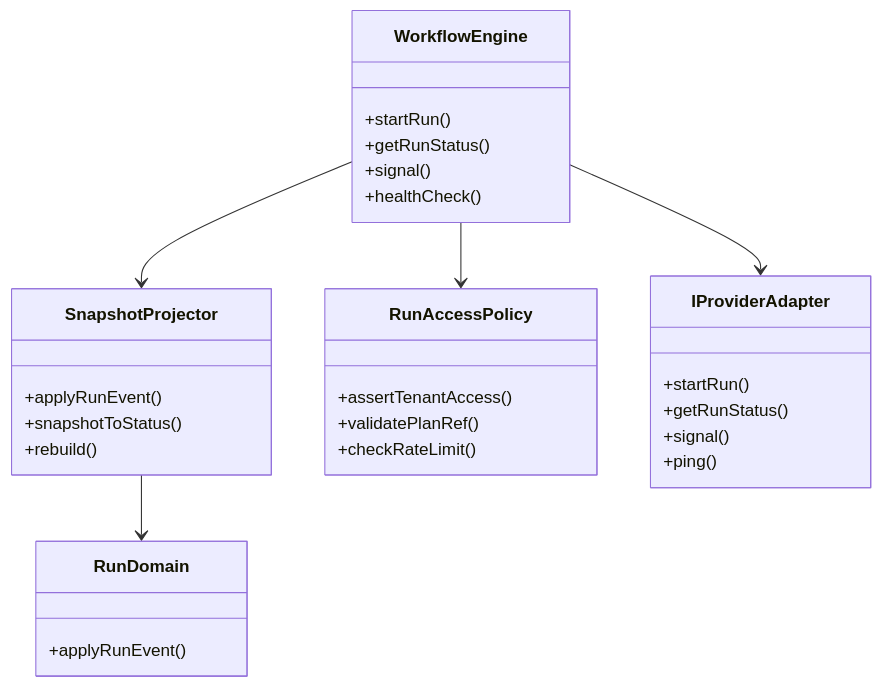
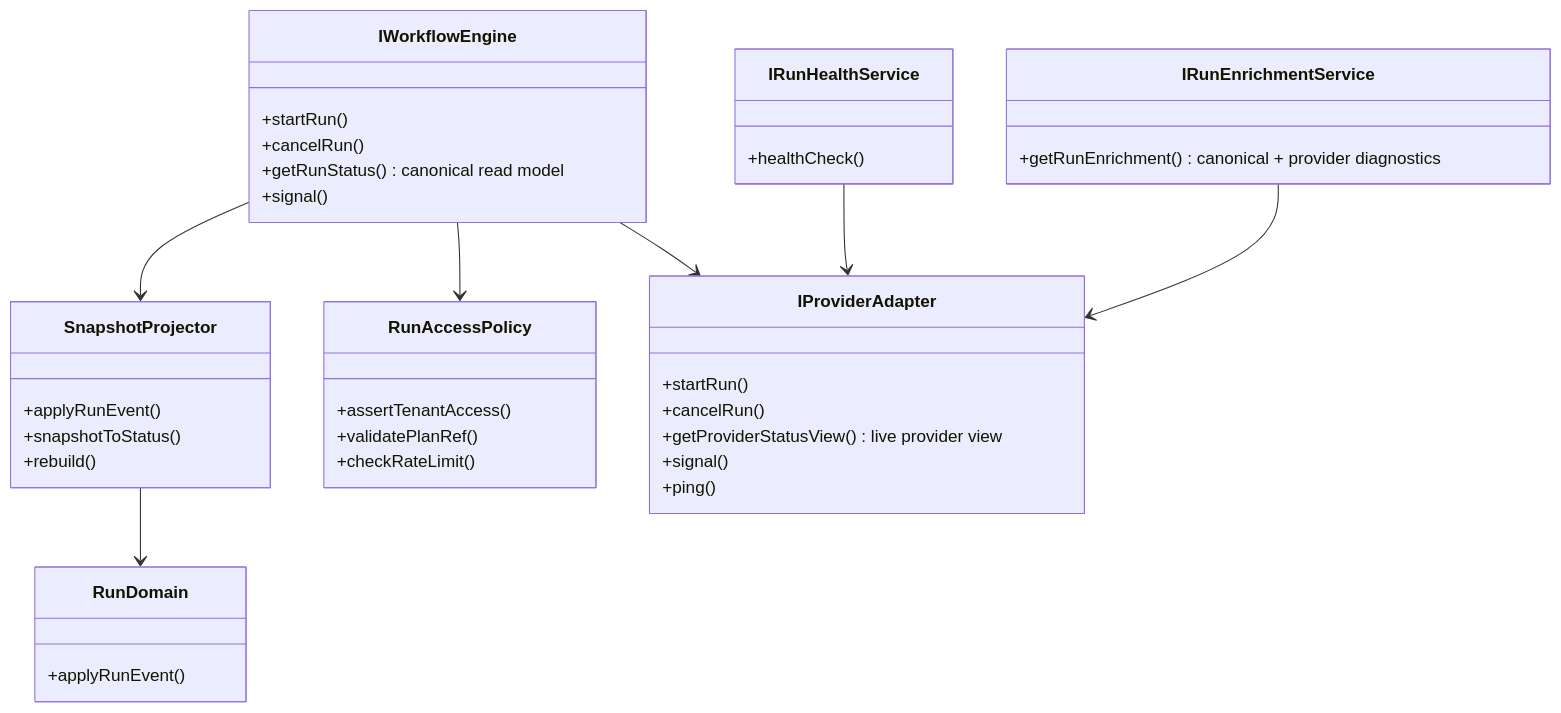
One commit to dunay2/dvt changed the second of 4 diagrams in docs/architecture/system-delivery-status.md. Above: the diagram before and after it, drawn with Mermaid. The commit also changed other lines of this file and 168 other files, not shown here.

````diff
--- a/docs/architecture/system-delivery-status.md
+++ b/docs/architecture/system-delivery-status.md
@@ -205,32 +215,41 @@
 ```mermaid
 classDiagram
-    class WorkflowEngine {
+    class IWorkflowEngine {
         +startRun()
-        +getRunStatus()
+        +cancelRun()
+        +getRunStatus() canonical read model
         +signal()
+    }
+    class IRunHealthService {
         +healthCheck()
+    }
+    class IRunEnrichmentService {
+        +getRunEnrichment() canonical + provider diagnostics
     }
     class SnapshotProjector {
         +applyRunEvent()
         +snapshotToStatus()
         +rebuild()
     }
     class RunAccessPolicy {
         +assertTenantAccess()
         +validatePlanRef()
         +checkRateLimit()
     }
     class IProviderAdapter {
         +startRun()
-        +getRunStatus()
+        +cancelRun()
+        +getProviderStatusView() live provider view
         +signal()
         +ping()
     }
     class RunDomain {
         +applyRunEvent()
     }
-    WorkflowEngine --> SnapshotProjector
-    WorkflowEngine --> RunAccessPolicy
-    WorkflowEngine --> IProviderAdapter
+    IWorkflowEngine --> SnapshotProjector
+    IWorkflowEngine --> RunAccessPolicy
+    IWorkflowEngine --> IProviderAdapter
+    IRunHealthService --> IProviderAdapter
+    IRunEnrichmentService --> IProviderAdapter
     SnapshotProjector --> RunDomain
 ```
````
